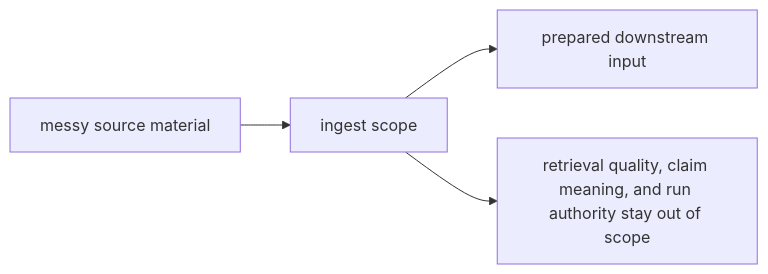
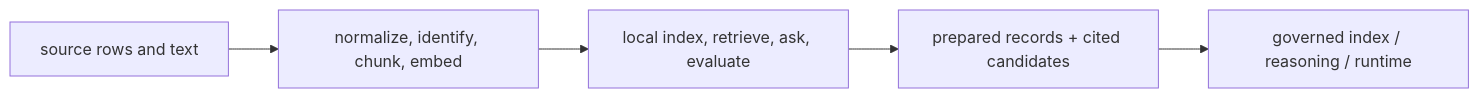
One commit to bijux/bijux-canon changed the diagram in docs/02-bijux-canon-ingest/foundation/scope-and-non-goals.md. Above: the diagram before and after it, drawn with Mermaid. The commit also changed other lines of this file and 2 other files, not shown here.

Commit message:
docs(ingest): define transformation authority and lifecycle

````diff
--- a/docs/02-bijux-canon-ingest/foundation/scope-and-non-goals.md
+++ b/docs/02-bijux-canon-ingest/foundation/scope-and-non-goals.md
@@ -16,10 +17,10 @@
 ```mermaid
 flowchart LR
-    source["messy source material"]
-    scope["ingest scope"]
-    handoff["prepared downstream input"]
-    refuse["retrieval quality, claim meaning, and run authority stay out of scope"]
+    source["source rows and text"]
+    preparation["normalize, identify, chunk, embed"]
+    local["local index, retrieve, ask, evaluate"]
+    handoff["prepared records + cited candidates"]
+    platform["governed index / reasoning / runtime"]
 
-    source --> scope --> handoff
-    scope --> refuse
+    source --> preparation --> local --> handoff --> platform
 ```
````
